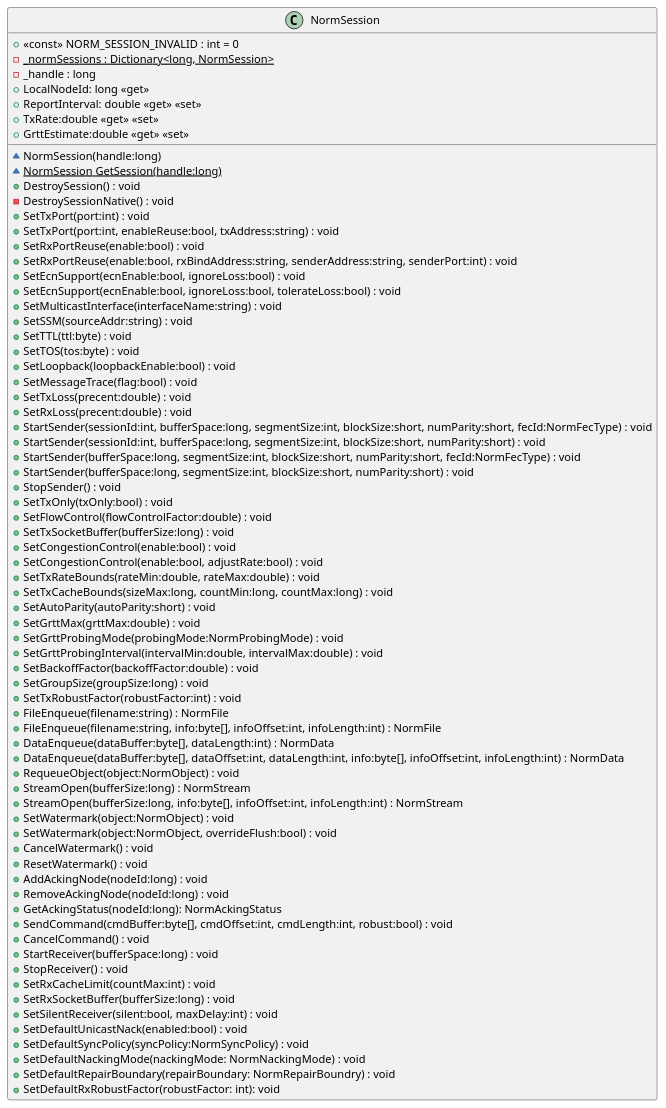
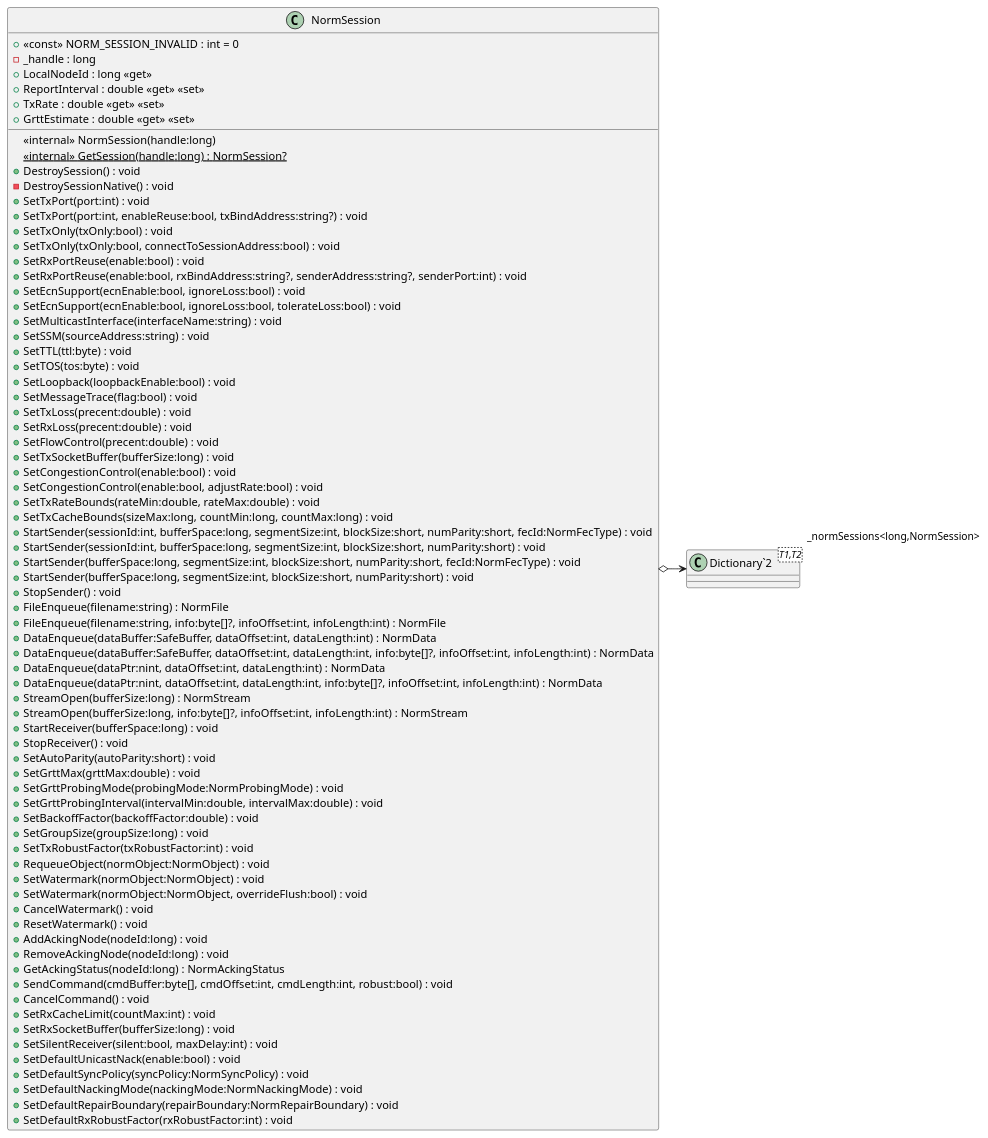
The diagram in src/dotnet/design/Mil/Navy/Nrl/Norm/NormSession.puml (USNavalResearchLaboratory/norm), drawn with PlantUML before and after one commit. The commit also changed 34 other files, not shown here.

First line of the commit message:
NormDataEnqueue Refactor (#34)

```diff
--- a/src/dotnet/design/Mil/Navy/Nrl/Norm/NormSession.puml
+++ b/src/dotnet/design/Mil/Navy/Nrl/Norm/NormSession.puml
@@ -1,74 +1,79 @@
 @startuml
 class NormSession {
     + <<const>> NORM_SESSION_INVALID : int = 0
-    {static} -_normSessions : Dictionary<long, NormSession>
     - _handle : long
-    ~ NormSession(handle:long)
-    {static} ~ NormSession GetSession(handle:long)
+    + LocalNodeId : long <<get>>
+    + ReportInterval : double <<get>> <<set>>
+    + TxRate : double <<get>> <<set>>
+    + GrttEstimate : double <<get>> <<set>>
+    <<internal>> NormSession(handle:long)
+    <<internal>> {static} GetSession(handle:long) : NormSession?
     + DestroySession() : void
     - DestroySessionNative() : void
-    + LocalNodeId: long <<get>>
     + SetTxPort(port:int) : void
-    + SetTxPort(port:int, enableReuse:bool, txAddress:string) : void
+    + SetTxPort(port:int, enableReuse:bool, txBindAddress:string?) : void
+    + SetTxOnly(txOnly:bool) : void
+    + SetTxOnly(txOnly:bool, connectToSessionAddress:bool) : void
     + SetRxPortReuse(enable:bool) : void
-    + SetRxPortReuse(enable:bool, rxBindAddress:string, senderAddress:string, senderPort:int) : void
+    + SetRxPortReuse(enable:bool, rxBindAddress:string?, senderAddress:string?, senderPort:int) : void
     + SetEcnSupport(ecnEnable:bool, ignoreLoss:bool) : void
     + SetEcnSupport(ecnEnable:bool, ignoreLoss:bool, tolerateLoss:bool) : void
     + SetMulticastInterface(interfaceName:string) : void
-    + SetSSM(sourceAddr:string) : void
+    + SetSSM(sourceAddress:string) : void
     + SetTTL(ttl:byte) : void
     + SetTOS(tos:byte) : void
     + SetLoopback(loopbackEnable:bool) : void
     + SetMessageTrace(flag:bool) : void
     + SetTxLoss(precent:double) : void
     + SetRxLoss(precent:double) : void
-    + ReportInterval: double <<get>> <<set>>
+    + SetFlowControl(precent:double) : void
+    + SetTxSocketBuffer(bufferSize:long) : void
+    + SetCongestionControl(enable:bool) : void
+    + SetCongestionControl(enable:bool, adjustRate:bool) : void
+    + SetTxRateBounds(rateMin:double, rateMax:double) : void
+    + SetTxCacheBounds(sizeMax:long, countMin:long, countMax:long) : void
     + StartSender(sessionId:int, bufferSpace:long, segmentSize:int, blockSize:short, numParity:short, fecId:NormFecType) : void
     + StartSender(sessionId:int, bufferSpace:long, segmentSize:int, blockSize:short, numParity:short) : void
     + StartSender(bufferSpace:long, segmentSize:int, blockSize:short, numParity:short, fecId:NormFecType) : void
     + StartSender(bufferSpace:long, segmentSize:int, blockSize:short, numParity:short) : void
     + StopSender() : void
-    + SetTxOnly(txOnly:bool) : void
-    + TxRate:double <<get>> <<set>>
-    + SetFlowControl(flowControlFactor:double) : void
-    + SetTxSocketBuffer(bufferSize:long) : void
-    + SetCongestionControl(enable:bool) : void
-    + SetCongestionControl(enable:bool, adjustRate:bool) : void
-    + SetTxRateBounds(rateMin:double, rateMax:double) : void
-    + SetTxCacheBounds(sizeMax:long, countMin:long, countMax:long) : void
+    + FileEnqueue(filename:string) : NormFile
+    + FileEnqueue(filename:string, info:byte[]?, infoOffset:int, infoLength:int) : NormFile
+    + DataEnqueue(dataBuffer:SafeBuffer, dataOffset:int, dataLength:int) : NormData
+    + DataEnqueue(dataBuffer:SafeBuffer, dataOffset:int, dataLength:int, info:byte[]?, infoOffset:int, infoLength:int) : NormData
+    + DataEnqueue(dataPtr:nint, dataOffset:int, dataLength:int) : NormData
+    + DataEnqueue(dataPtr:nint, dataOffset:int, dataLength:int, info:byte[]?, infoOffset:int, infoLength:int) : NormData
+    + StreamOpen(bufferSize:long) : NormStream
+    + StreamOpen(bufferSize:long, info:byte[]?, infoOffset:int, infoLength:int) : NormStream
+    + StartReceiver(bufferSpace:long) : void
+    + StopReceiver() : void
     + SetAutoParity(autoParity:short) : void
-    + GrttEstimate:double <<get>> <<set>>
     + SetGrttMax(grttMax:double) : void
     + SetGrttProbingMode(probingMode:NormProbingMode) : void
     + SetGrttProbingInterval(intervalMin:double, intervalMax:double) : void
     + SetBackoffFactor(backoffFactor:double) : void
     + SetGroupSize(groupSize:long) : void
-    + SetTxRobustFactor(robustFactor:int) : void
-    + FileEnqueue(filename:string) : NormFile
-    + FileEnqueue(filename:string, info:byte[], infoOffset:int, infoLength:int) : NormFile
-    + DataEnqueue(dataBuffer:byte[], dataLength:int) : NormData
-    + DataEnqueue(dataBuffer:byte[], dataOffset:int, dataLength:int, info:byte[], infoOffset:int, infoLength:int) : NormData
-    + RequeueObject(object:NormObject) : void
-    + StreamOpen(bufferSize:long) : NormStream
-    + StreamOpen(bufferSize:long, info:byte[], infoOffset:int, infoLength:int) : NormStream
-    + SetWatermark(object:NormObject) : void
-    + SetWatermark(object:NormObject, overrideFlush:bool) : void
+    + SetTxRobustFactor(txRobustFactor:int) : void
+    + RequeueObject(normObject:NormObject) : void
+    + SetWatermark(normObject:NormObject) : void
+    + SetWatermark(normObject:NormObject, overrideFlush:bool) : void
     + CancelWatermark() : void
     + ResetWatermark() : void
     + AddAckingNode(nodeId:long) : void
     + RemoveAckingNode(nodeId:long) : void
-    + GetAckingStatus(nodeId:long): NormAckingStatus
+    + GetAckingStatus(nodeId:long) : NormAckingStatus
     + SendCommand(cmdBuffer:byte[], cmdOffset:int, cmdLength:int, robust:bool) : void
     + CancelCommand() : void
-    + StartReceiver(bufferSpace:long) : void
-    + StopReceiver() : void
     + SetRxCacheLimit(countMax:int) : void
     + SetRxSocketBuffer(bufferSize:long) : void
     + SetSilentReceiver(silent:bool, maxDelay:int) : void
-    + SetDefaultUnicastNack(enabled:bool) : void
+    + SetDefaultUnicastNack(enable:bool) : void
     + SetDefaultSyncPolicy(syncPolicy:NormSyncPolicy) : void
-    + SetDefaultNackingMode(nackingMode: NormNackingMode) : void
-    + SetDefaultRepairBoundary(repairBoundary: NormRepairBoundry) : void
-    + SetDefaultRxRobustFactor(robustFactor: int): void
+    + SetDefaultNackingMode(nackingMode:NormNackingMode) : void
+    + SetDefaultRepairBoundary(repairBoundary:NormRepairBoundary) : void
+    + SetDefaultRxRobustFactor(rxRobustFactor:int) : void
 }
+class "Dictionary`2"<T1,T2> {
+}
+NormSession o-> "_normSessions<long,NormSession>" "Dictionary`2"
 @enduml
```
